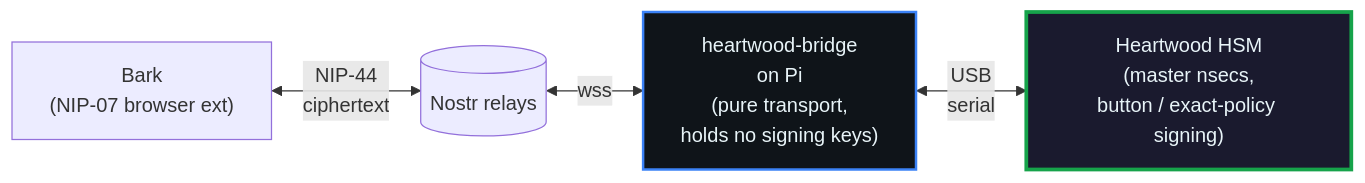
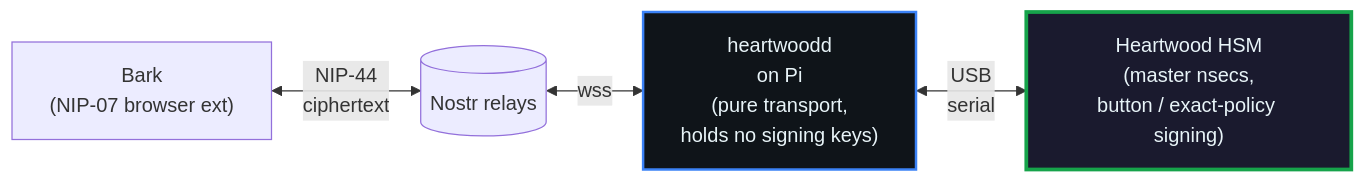
The diagram in README.md (forgesworn/heartwood-esp32), drawn with Mermaid before and after one commit. The commit also changed other lines of this file and 2 other files, not shown here.

````diff
--- a/README.md
+++ b/README.md
@@ -25,14 +25,14 @@
 ```mermaid
 flowchart LR
     Bark["Bark<br/>(NIP-07 browser ext)"]
     Relays[("Nostr relays")]
-    Bridge["heartwood-bridge<br/>on Pi<br/>(pure transport,<br/>holds no signing keys)"]
+    Bridge["heartwoodd<br/>on Pi<br/>(pure transport,<br/>holds no signing keys)"]
     HSM["Heartwood HSM<br/>(master nsecs,<br/>button / exact-policy signing)"]
 
     Bark <-->|"NIP-44<br/>ciphertext"| Relays
     Relays <-->|"wss"| Bridge
     Bridge <-->|"USB<br/>serial"| HSM
 
     style HSM fill:#1a1a2e,stroke:#16a34a,stroke-width:3px,color:#e8f4f8
     style Bridge fill:#0f1419,stroke:#3b82f6,stroke-width:2px,color:#e8f4f8
 ```
````
